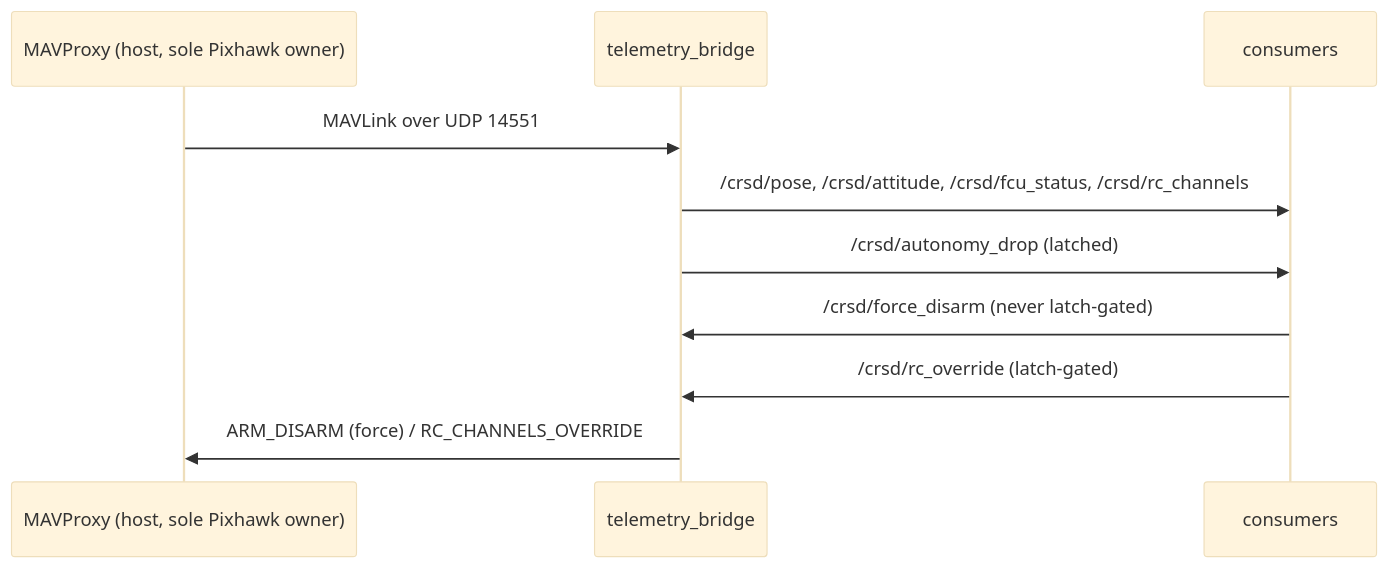
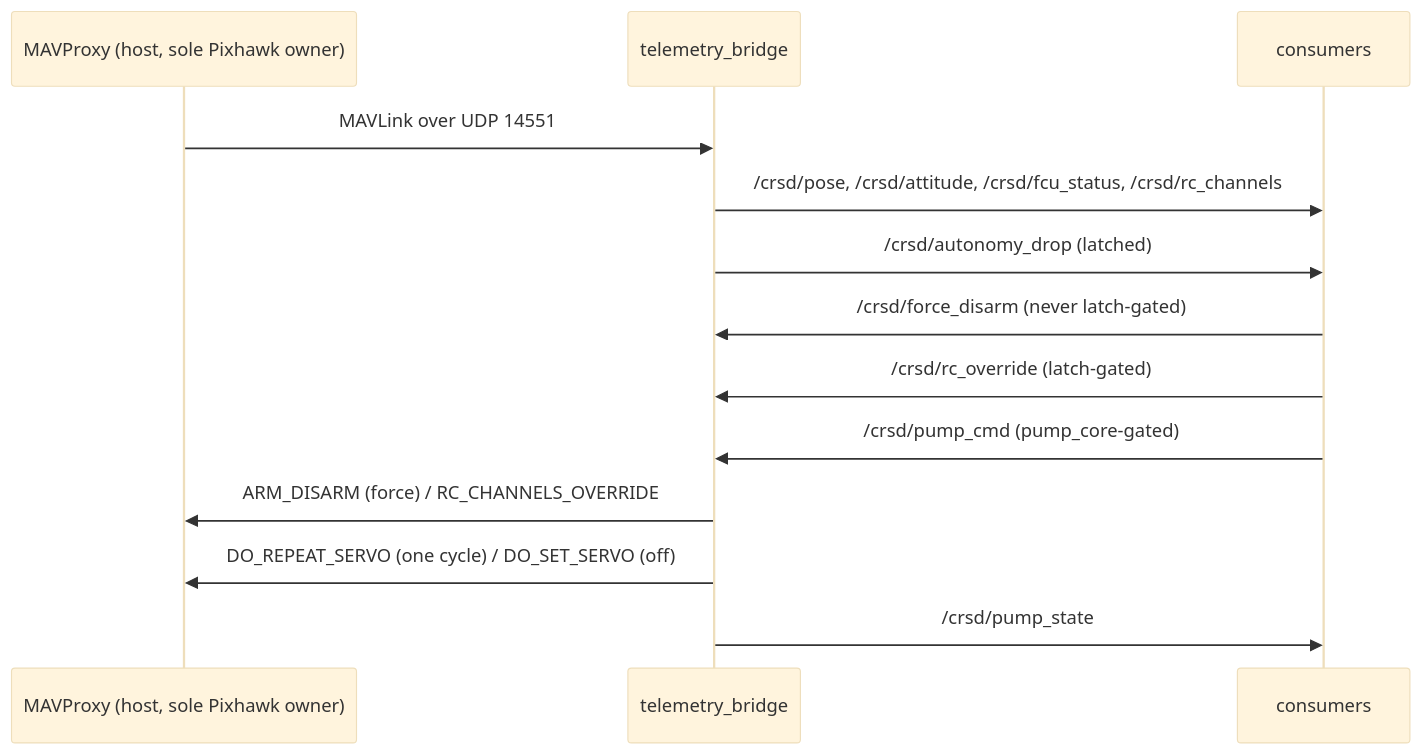
One commit to InspirationRobotics/rx26_asv changed the diagram in crusader_fcu/README.md. Above: the diagram before and after it, drawn with Mermaid (base theme). The commit also changed other lines of this file and 32 other files, not shown here.

````diff
--- a/crusader_fcu/README.md
+++ b/crusader_fcu/README.md
@@ -11,12 +11,15 @@
 ```mermaid
 sequenceDiagram
     participant MP as MAVProxy (host, sole Pixhawk owner)
     participant TB as telemetry_bridge
     participant C as consumers
     MP->>TB: MAVLink over UDP 14551
     TB->>C: /crsd/pose, /crsd/attitude, /crsd/fcu_status, /crsd/rc_channels
     TB->>C: /crsd/autonomy_drop (latched)
     C->>TB: /crsd/force_disarm (never latch-gated)
     C->>TB: /crsd/rc_override (latch-gated)
+    C->>TB: /crsd/pump_cmd (pump_core-gated)
     TB->>MP: ARM_DISARM (force) / RC_CHANNELS_OVERRIDE
+    TB->>MP: DO_REPEAT_SERVO (one cycle) / DO_SET_SERVO (off)
+    TB->>C: /crsd/pump_state
 ```
````
